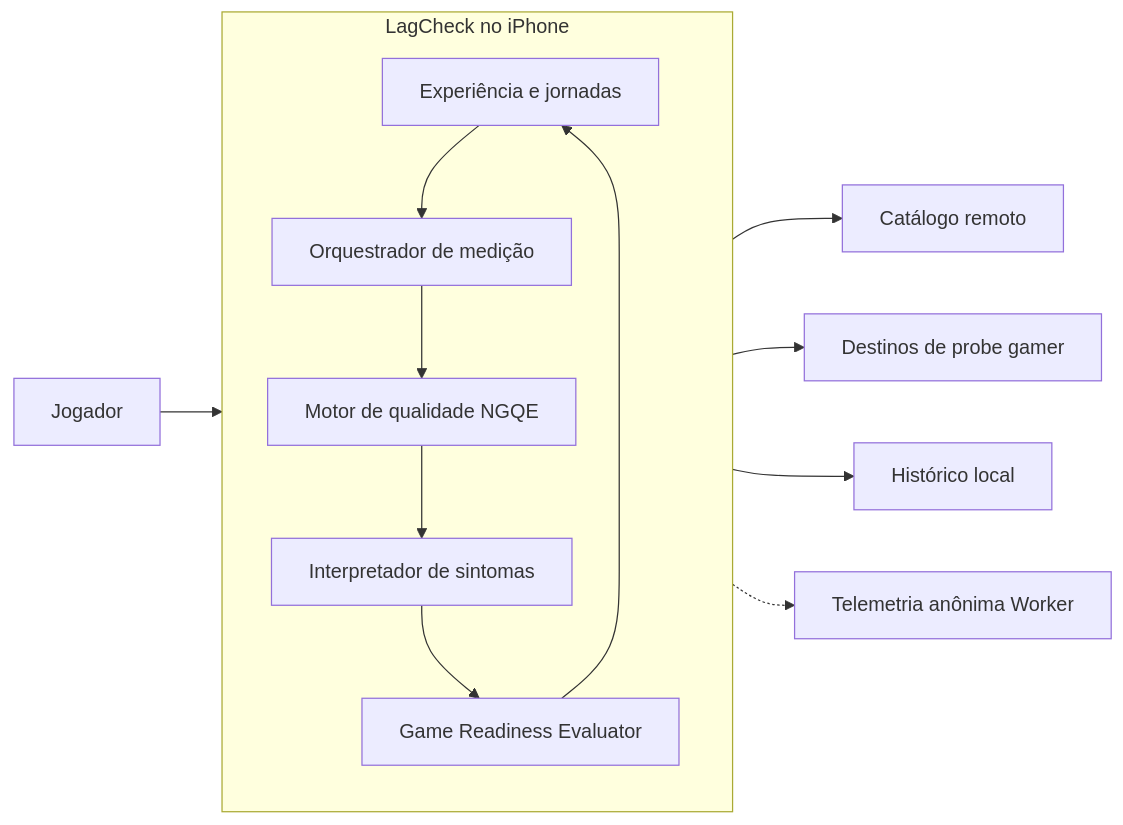
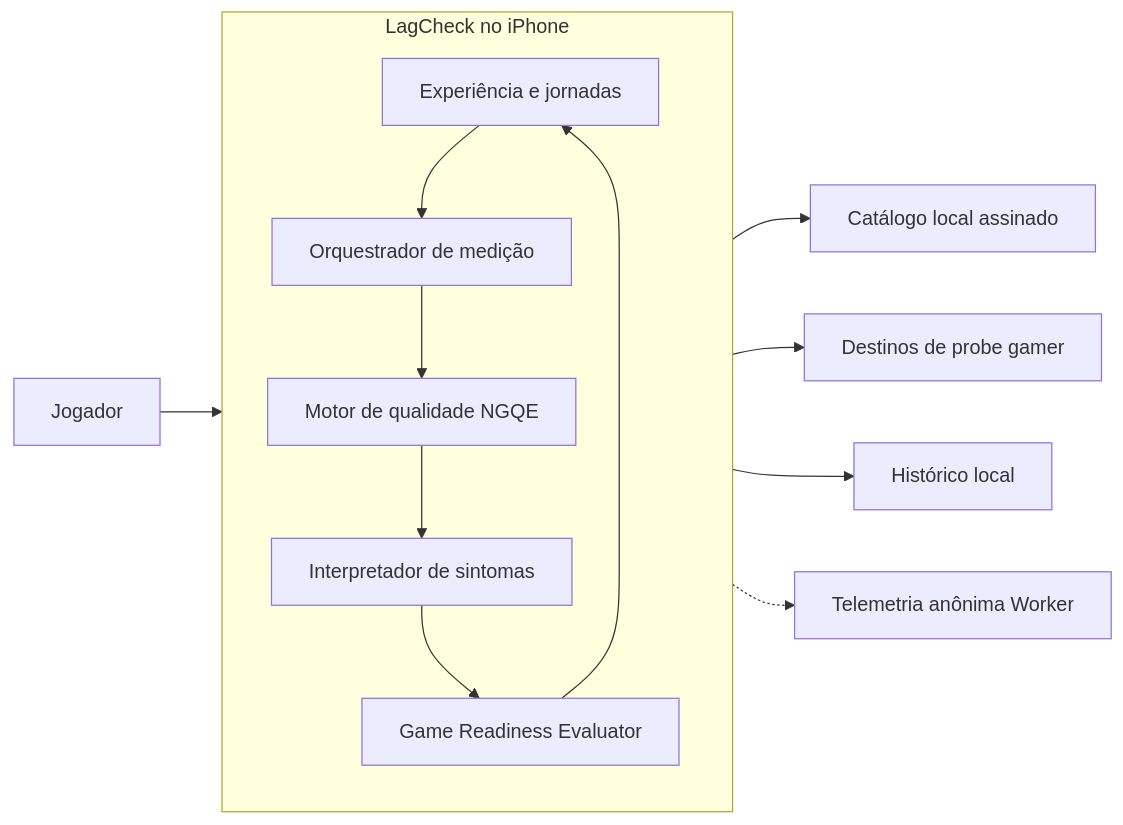
Before and after one commit to gmmattey/lagcheck: the first of 4 diagrams in docs/02-arquitetura.md, drawn with Mermaid. The commit also changed other lines of this file and 64 other files, not shown here.

````diff
--- a/docs/02-arquitetura.md
+++ b/docs/02-arquitetura.md
@@ -18,17 +18,17 @@
 ```mermaid
 flowchart LR
     U[Jogador] --> A[LagCheck no iPhone]
-    A --> C[Catálogo remoto]
+    A --> C[Catálogo local assinado]
     A --> P[Destinos de probe gamer]
     A --> H[Histórico local]
     A -.-> T[Telemetria anônima Worker]
 
     subgraph A[LagCheck no iPhone]
         UI[Experiência e jornadas]
         ORQ[Orquestrador de medição]
         ENG[Motor de qualidade NGQE]
         INT[Interpretador de sintomas]
         RDY[Game Readiness Evaluator]
         UI --> ORQ --> ENG --> INT --> RDY --> UI
     end
 ```
````
